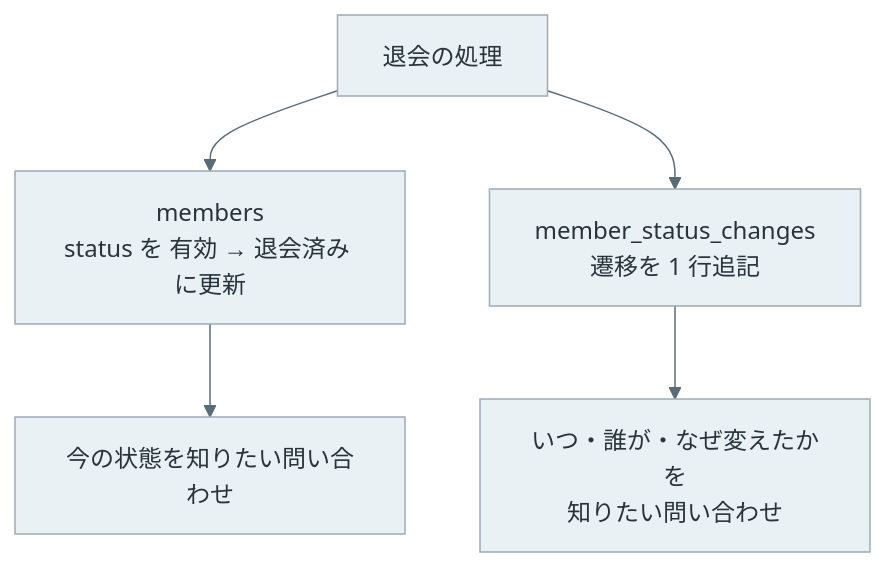
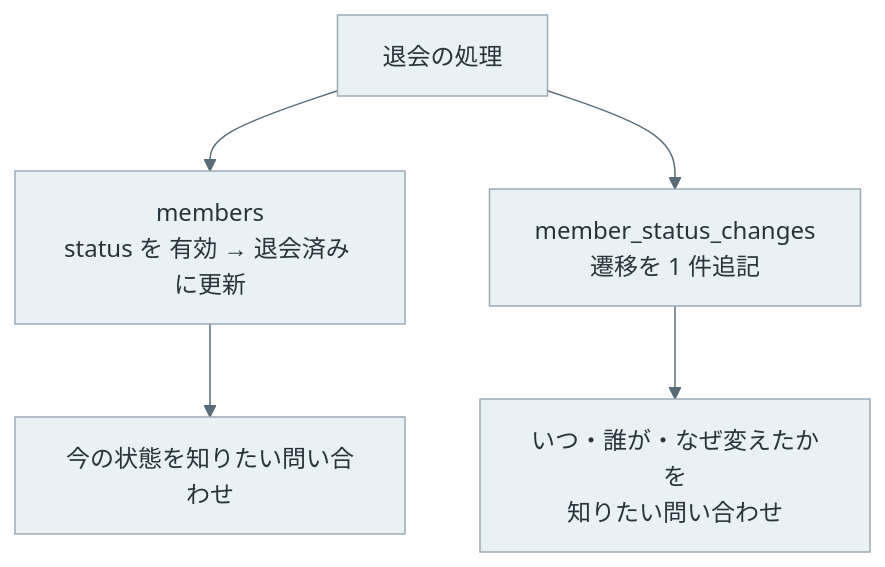
One commit to nao1215/debimate changed the fifth of 7 diagrams in content/notes/database-systems/soft-delete/index.md. Above: the diagram before and after it, drawn with Mermaid. The commit also changed other lines of this file and 125 other files, not shown here.

````diff
--- a/content/notes/database-systems/soft-delete/index.md
+++ b/content/notes/database-systems/soft-delete/index.md
@@ -202,9 +206,9 @@
 ```mermaid
 %%{init: {"theme":"base","themeVariables":{"primaryColor":"#eaf1f5","primaryTextColor":"#28343b","primaryBorderColor":"#9cabb5","lineColor":"#596b76","textColor":"#28343b","actorBkg":"#eaf1f5","actorBorder":"#9cabb5","actorTextColor":"#28343b","actorLineColor":"#9cabb5","signalColor":"#596b76","signalTextColor":"#28343b","noteBkgColor":"#f7f1e5","noteBorderColor":"#c5b99b","noteTextColor":"#403c32","activationBkgColor":"#edf3ef","activationBorderColor":"#9aafa1"}}}%%
 flowchart TB
     U["退会の処理"] --> M["members<br/>status を 有効 → 退会済み に更新"]
-    U --> H["member_status_changes<br/>遷移を 1 行追記"]
+    U --> H["member_status_changes<br/>遷移を 1 件追記"]
     M --> Q1["今の状態を知りたい問い合わせ"]
     H --> Q2["いつ・誰が・なぜ変えたかを<br/>知りたい問い合わせ"]
     classDef default fill:#eaf1f5,stroke:#9cabb5,color:#28343b;
 ```
````
